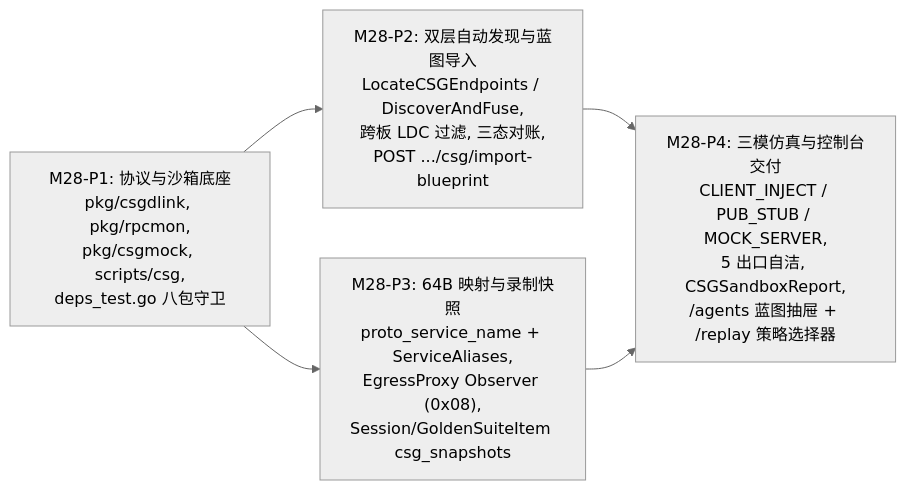
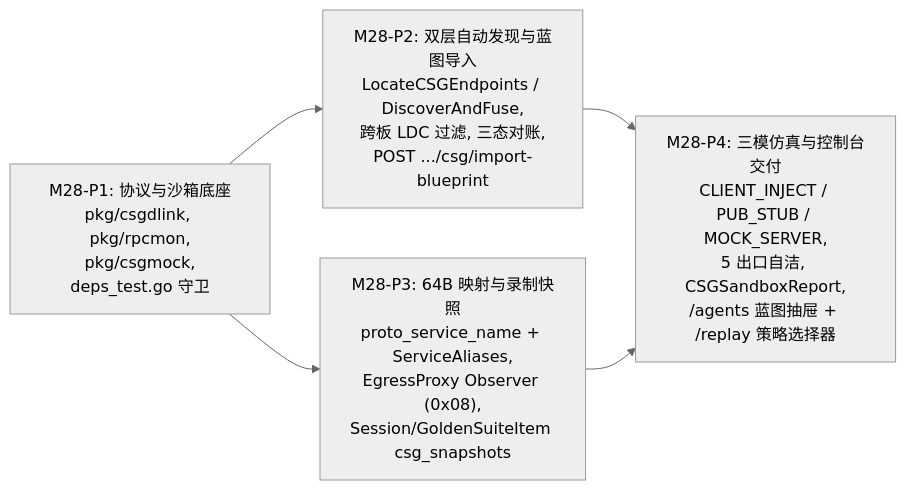
One commit to fugui/code-contract changed the diagram in docs/04-tasks/29-m28-csg-service-discovery-and-multi-mode-simulation.md. Above: the diagram before and after it, drawn with Mermaid (neutral theme). The commit also changed other lines of this file and 18 other files, not shown here.

````diff
--- a/docs/04-tasks/29-m28-csg-service-discovery-and-multi-mode-simulation.md
+++ b/docs/04-tasks/29-m28-csg-service-discovery-and-multi-mode-simulation.md
@@ -32,7 +32,7 @@
 ```mermaid
 flowchart LR
-    P1["M28-P1: 协议与沙箱底座<br/>pkg/csgdlink, pkg/rpcmon,<br/>pkg/csgmock, scripts/csg,<br/>deps_test.go 八包守卫"] --> P2["M28-P2: 双层自动发现与蓝图导入<br/>LocateCSGEndpoints / DiscoverAndFuse,<br/>跨板 LDC 过滤, 三态对账,<br/>POST .../csg/import-blueprint"]
+    P1["M28-P1: 协议与沙箱底座<br/>pkg/csgdlink, pkg/rpcmon,<br/>pkg/csgmock,<br/>deps_test.go 守卫"] --> P2["M28-P2: 双层自动发现与蓝图导入<br/>LocateCSGEndpoints / DiscoverAndFuse,<br/>跨板 LDC 过滤, 三态对账,<br/>POST .../csg/import-blueprint"]
     P1 --> P3["M28-P3: 64B 映射与录制快照<br/>proto_service_name + ServiceAliases,<br/>EgressProxy Observer (0x08),<br/>Session/GoldenSuiteItem csg_snapshots"]
     P2 --> P4["M28-P4: 三模仿真与控制台交付<br/>CLIENT_INJECT / PUB_STUB / MOCK_SERVER,<br/>5 出口自洁, CSGSandboxReport,<br/>/agents 蓝图抽屉 + /replay 策略选择器"]
     P3 --> P4
 ```
````
